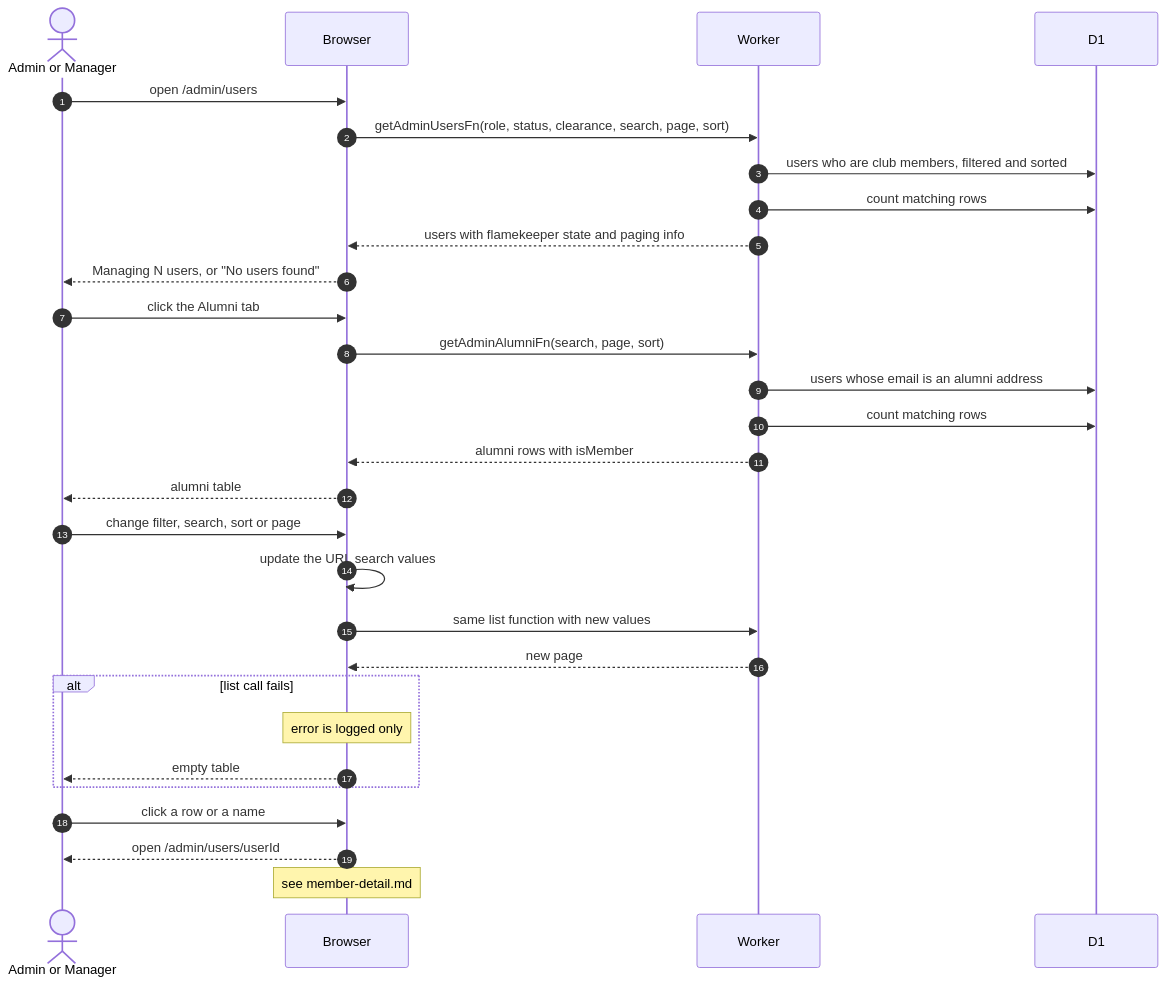
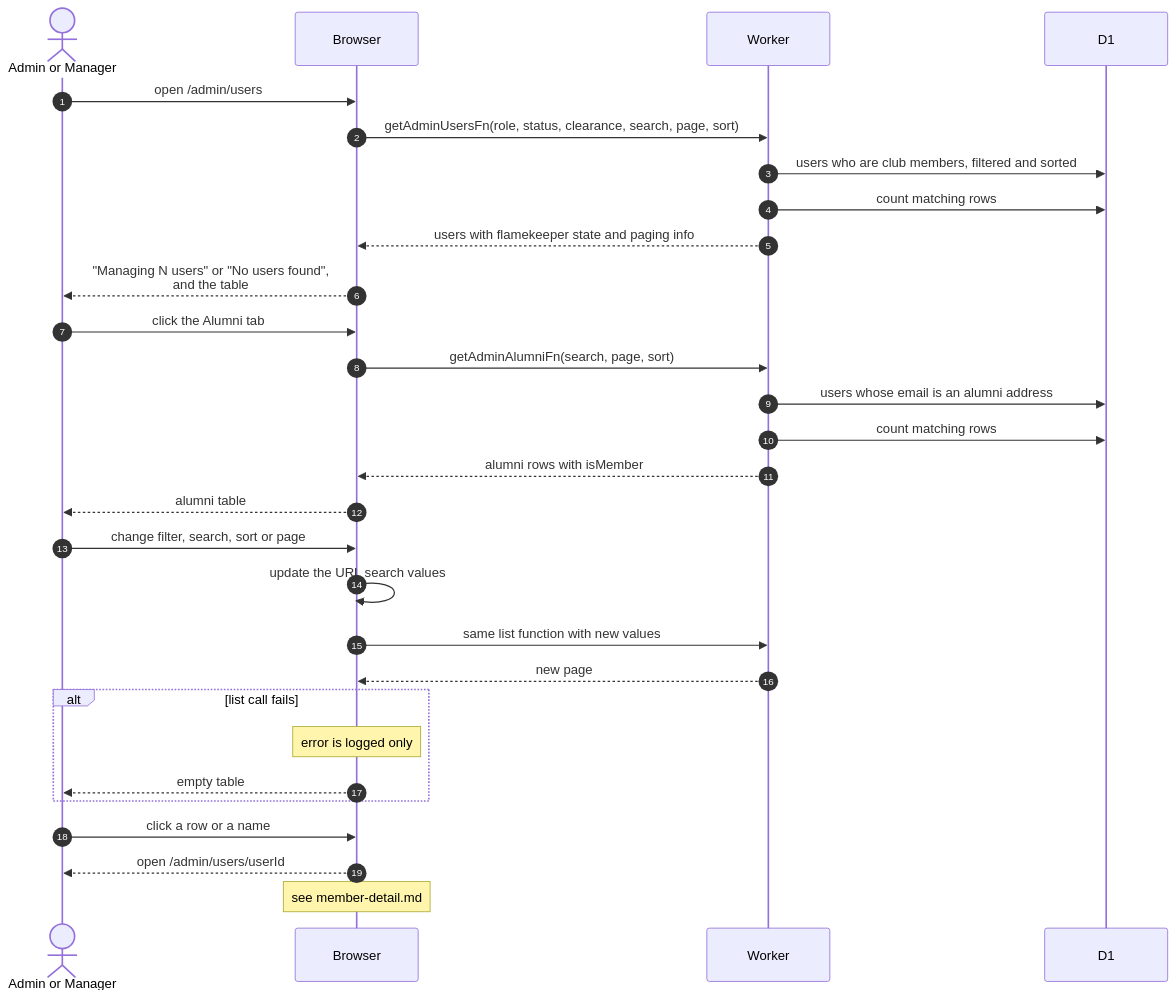
The diagram in docs/scenarios/admin/members-list.md (sagyzdop/meriksirat), drawn with Mermaid before and after one commit. The commit also changed other lines of this file and 24 other files, not shown here.

Commit message:
docs(scenarios): verify admin diagrams against the code

````diff
--- a/docs/scenarios/admin/members-list.md
+++ b/docs/scenarios/admin/members-list.md
@@ -14,32 +14,32 @@
 ```mermaid
 sequenceDiagram
     autonumber
     actor Person as Admin or Manager
     participant Browser
     participant Worker
     participant D1
 
     Person->>Browser: open /admin/users
     Browser->>Worker: getAdminUsersFn(role, status, clearance, search, page, sort)
     Worker->>D1: users who are club members, filtered and sorted
     Worker->>D1: count matching rows
     Worker-->>Browser: users with flamekeeper state and paging info
-    Browser-->>Person: Managing N users, or "No users found"
+    Browser-->>Person: "Managing N users" or "No users found",<br/>and the table
     Person->>Browser: click the Alumni tab
     Browser->>Worker: getAdminAlumniFn(search, page, sort)
     Worker->>D1: users whose email is an alumni address
     Worker->>D1: count matching rows
     Worker-->>Browser: alumni rows with isMember
     Browser-->>Person: alumni table
     Person->>Browser: change filter, search, sort or page
     Browser->>Browser: update the URL search values
     Browser->>Worker: same list function with new values
     Worker-->>Browser: new page
     alt list call fails
         Note over Browser: error is logged only
         Browser-->>Person: empty table
     end
     Person->>Browser: click a row or a name
     Browser-->>Person: open /admin/users/userId
     Note over Browser: see member-detail.md
 ```
````
